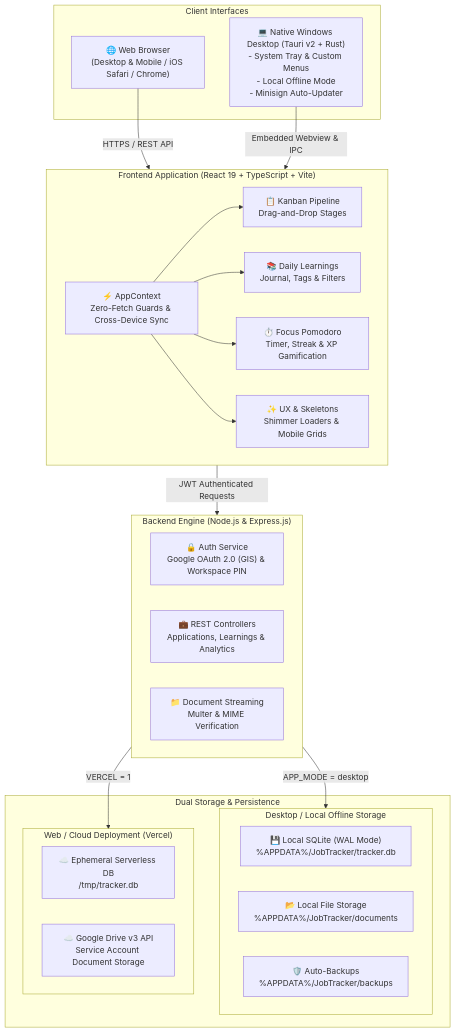
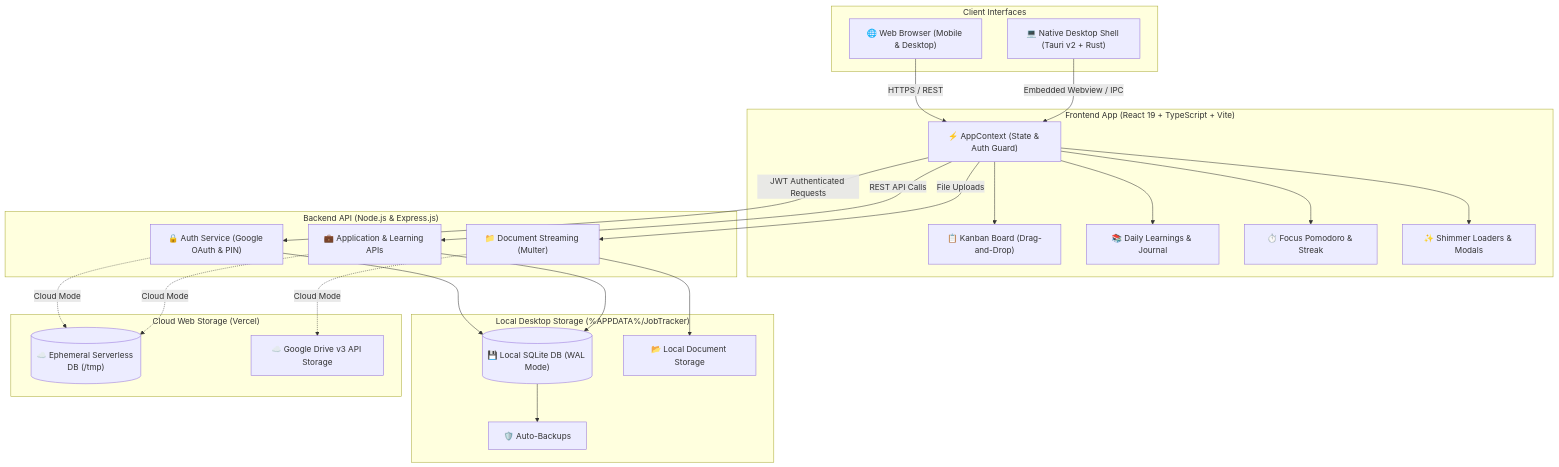
Before and after one commit to varunchandra10/job_kanban_board: the diagram in README.md, drawn with Mermaid. The commit also changed 1 other file, not shown here.

Commit message:
docs: fix Mermaid syntax for 100% GitHub-compatible rich display rendering

````diff
--- a/README.md
+++ b/README.md
@@ -35,46 +35,53 @@
 ```mermaid
-graph TD
-    subgraph Client_Layer ["Client Interfaces"]
-        WEB["🌐 Web Browser\n(Desktop & Mobile / iOS Safari / Chrome)"]
-        DESK["💻 Native Windows Desktop (Tauri v2 + Rust)\n- System Tray & Custom Menus\n- Local Offline Mode\n- Minisign Auto-Updater"]
+flowchart TD
+    subgraph Client ["Client Interfaces"]
+        WEB["🌐 Web Browser (Mobile & Desktop)"]
+        DESK["💻 Native Desktop Shell (Tauri v2 + Rust)"]
     end
 
-    subgraph Frontend_App ["Frontend Application (React 19 + TypeScript + Vite)"]
-        UI_KANBAN["📋 Kanban Pipeline\nDrag-and-Drop Stages"]
-        UI_LEARN["📚 Daily Learnings\nJournal, Tags & Filters"]
-        UI_TIMER["⏱️ Focus Pomodoro\nTimer, Streak & XP Gamification"]
-        UI_LOADER["✨ UX & Skeletons\nShimmer Loaders & Mobile Grids"]
-        STATE["⚡ AppContext\nZero-Fetch Guards & Cross-Device Sync"]
+    subgraph Frontend ["Frontend App (React 19 + TypeScript + Vite)"]
+        STATE["⚡ AppContext (State & Auth Guard)"]
+        UI_KANBAN["📋 Kanban Board (Drag-and-Drop)"]
+        UI_LEARN["📚 Daily Learnings & Journal"]
+        UI_TIMER["⏱️ Focus Pomodoro & Streak"]
+        UI_SKELETON["✨ Shimmer Loaders & Modals"]
     end
 
-    subgraph Backend_Engine ["Backend Engine (Node.js & Express.js)"]
-        AUTH_SVC["🔒 Auth Service\nGoogle OAuth 2.0 (GIS) & Workspace PIN"]
-        API_SVC["💼 REST Controllers\nApplications, Learnings & Analytics"]
-        STORAGE_SVC["📁 Document Streaming\nMulter & MIME Verification"]
+    subgraph Backend ["Backend API (Node.js & Express.js)"]
+        AUTH_ROUTER["🔒 Auth Service (Google OAuth & PIN)"]
+        API_ROUTER["💼 Application & Learning APIs"]
+        DOC_ROUTER["📁 Document Streaming (Multer)"]
     end
 
-    subgraph Persistence_Layer ["Dual Storage & Persistence"]
-        subgraph Desktop_Mode ["Desktop / Local Offline Storage"]
-            SQLITE_LOCAL["💾 Local SQLite (WAL Mode)\n%APPDATA%/JobTracker/tracker.db"]
-            DOCS_LOCAL["📂 Local File Storage\n%APPDATA%/JobTracker/documents"]
-            BACKUP_LOCAL["🛡️ Auto-Backups\n%APPDATA%/JobTracker/backups"]
-        end
-
-        subgraph Cloud_Mode ["Web / Cloud Deployment (Vercel)"]
-            SQLITE_CLOUD["☁️ Ephemeral Serverless DB\n/tmp/tracker.db"]
-            GDRIVE["☁️ Google Drive v3 API\nService Account Document Storage"]
-        end
+    subgraph Local_Storage ["Local Desktop Storage (%APPDATA%/JobTracker)"]
+        SQLITE_LOCAL[("💾 Local SQLite DB (WAL Mode)")]
+        FILES_LOCAL["📂 Local Document Storage"]
+        BACKUP_LOCAL["🛡️ Auto-Backups"]
     end
 
-    WEB -->|"HTTPS / REST API"| Frontend_App
-    DESK -->|"Embedded Webview & IPC"| Frontend_App
+    subgraph Cloud_Storage ["Cloud Web Storage (Vercel)"]
+        SQLITE_CLOUD[("☁️ Ephemeral Serverless DB (/tmp)")]
+        GDRIVE["☁️ Google Drive v3 API Storage"]
+    end
 
-    Frontend_App -->|"JWT Authenticated Requests"| Backend_Engine
+    WEB -->|"HTTPS / REST"| STATE
+    DESK -->|"Embedded Webview / IPC"| STATE
+
     STATE --> UI_KANBAN
     STATE --> UI_LEARN
     STATE --> UI_TIMER
-    STATE --> UI_LOADER
+    STATE --> UI_SKELETON
 
-    Backend_Engine -->|"APP_MODE = desktop"| Desktop_Mode
-    Backend_Engine -->|"VERCEL = 1"| Cloud_Mode
+    STATE -->|"JWT Authenticated Requests"| AUTH_ROUTER
+    STATE -->|"REST API Calls"| API_ROUTER
+    STATE -->|"File Uploads"| DOC_ROUTER
+
+    AUTH_ROUTER --> SQLITE_LOCAL
+    API_ROUTER --> SQLITE_LOCAL
+    DOC_ROUTER --> FILES_LOCAL
+    SQLITE_LOCAL --> BACKUP_LOCAL
+
+    AUTH_ROUTER -.->|"Cloud Mode"| SQLITE_CLOUD
+    API_ROUTER -.->|"Cloud Mode"| SQLITE_CLOUD
+    DOC_ROUTER -.->|"Cloud Mode"| GDRIVE
 ```
````
